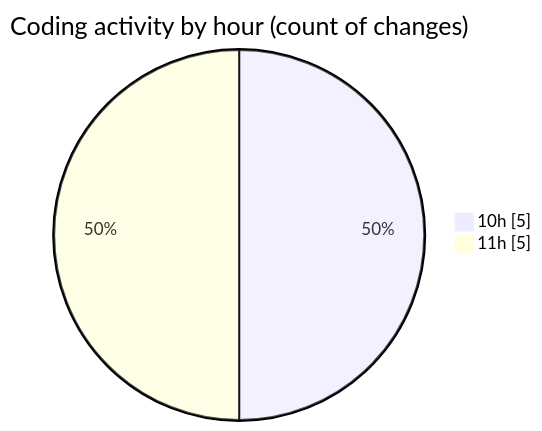
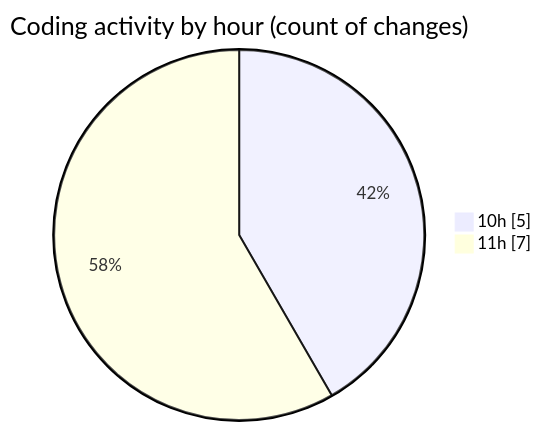
The second of 2 diagrams in 2026-07-16/nxtqube_webapp/README.md (nxtqubesakshisongat/code-tracking), drawn with Mermaid before and after one commit. The commit also changed other lines of this file and 1 other file, not shown here.

````diff
--- a/2026-07-16/nxtqube_webapp/README.md
+++ b/2026-07-16/nxtqube_webapp/README.md
@@ -31,6 +32,6 @@
 ```mermaid
 pie showData
 title Coding activity by hour (count of changes)
 "10h" : 5
-"11h" : 5
+"11h" : 7
 ```
````
